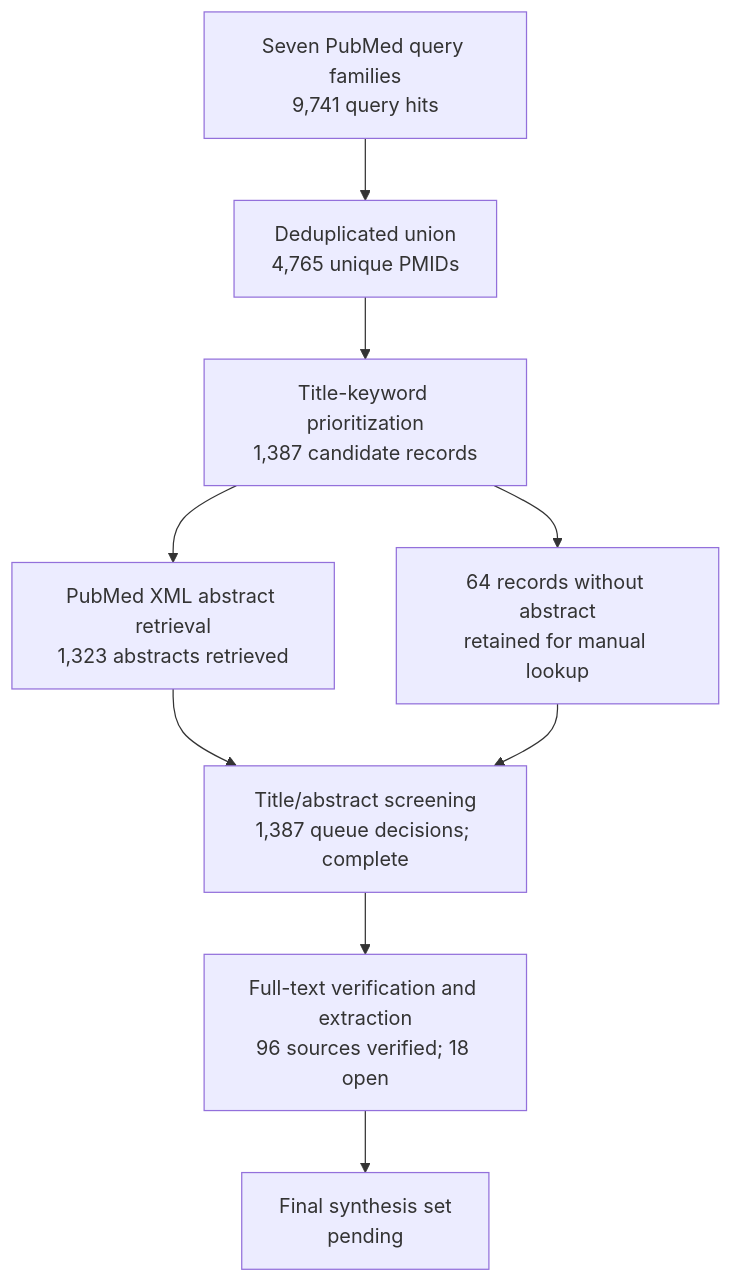
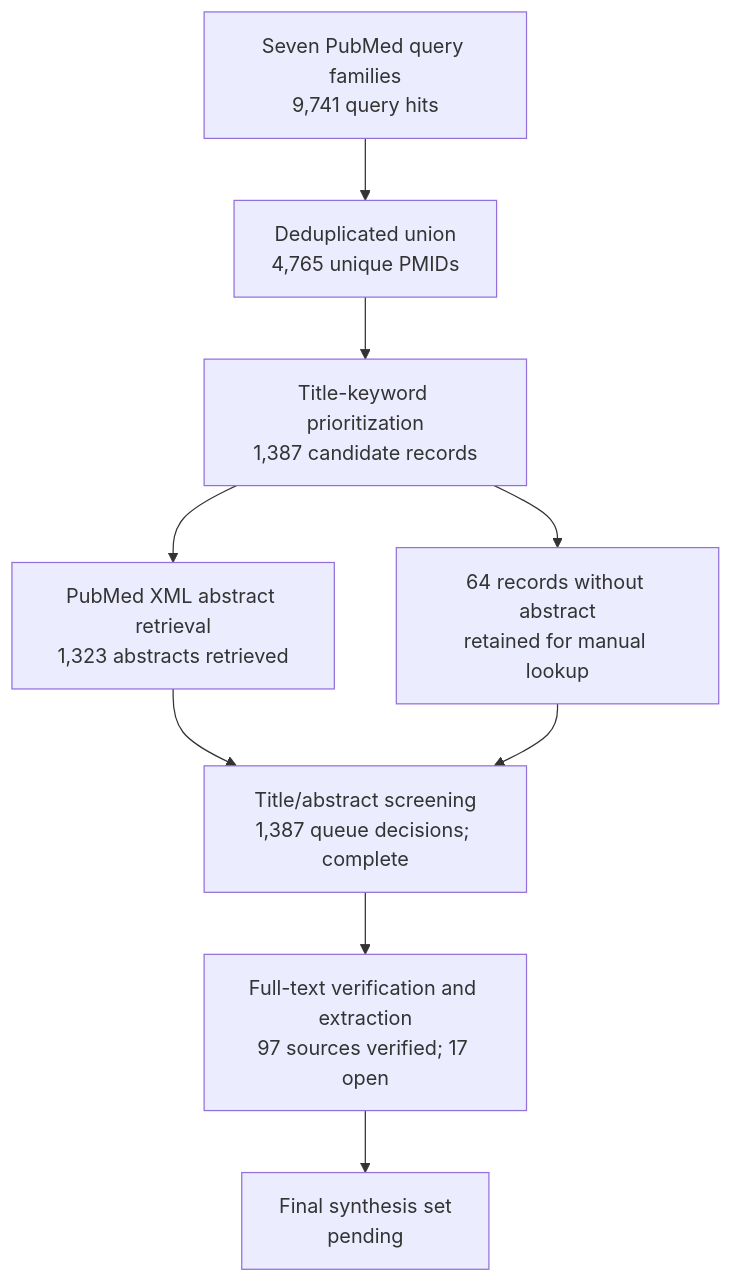
Before and after one commit to dcmcshan/artemisia: the diagram in manuscript/review-flow.md, drawn with Mermaid. The commit also changed other lines of this file and 13 other files, not shown here.

````diff
--- a/manuscript/review-flow.md
+++ b/manuscript/review-flow.md
@@ -5,11 +5,11 @@
 ```mermaid
 flowchart TB
   Q[Seven PubMed query families<br/>9,741 query hits] --> U[Deduplicated union<br/>4,765 unique PMIDs]
   U --> T[Title-keyword prioritization<br/>1,387 candidate records]
   T --> A[PubMed XML abstract retrieval<br/>1,323 abstracts retrieved]
   T --> N[64 records without abstract<br/>retained for manual lookup]
   A --> M[Title/abstract screening<br/>1,387 queue decisions; complete]
   N --> M
-  M --> F[Full-text verification and extraction<br/>96 sources verified; 18 open]
+  M --> F[Full-text verification and extraction<br/>97 sources verified; 17 open]
   F --> S[Final synthesis set<br/>pending]
 ```
````
